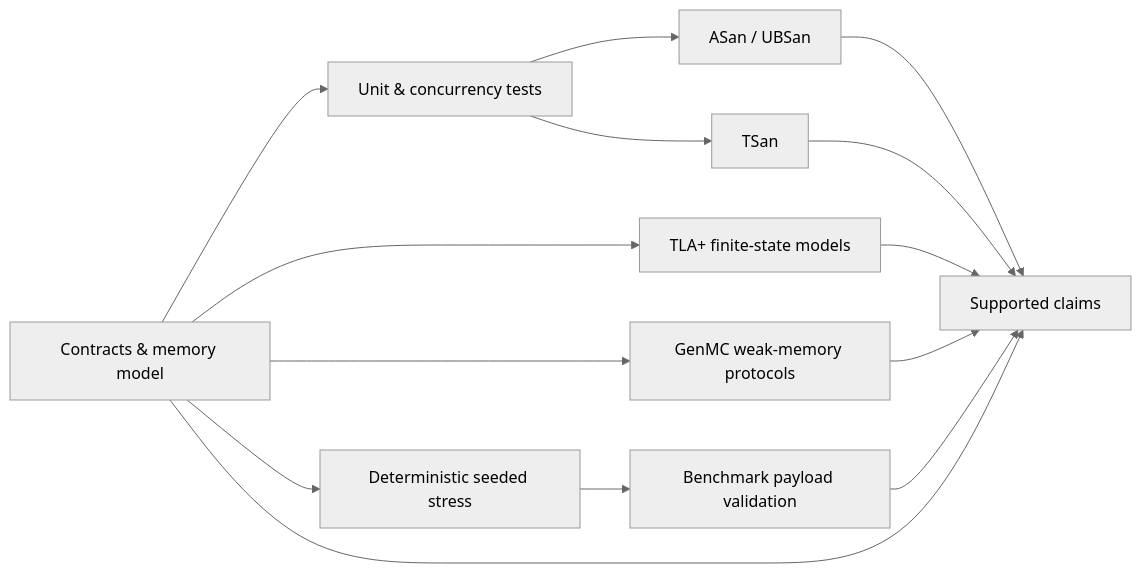
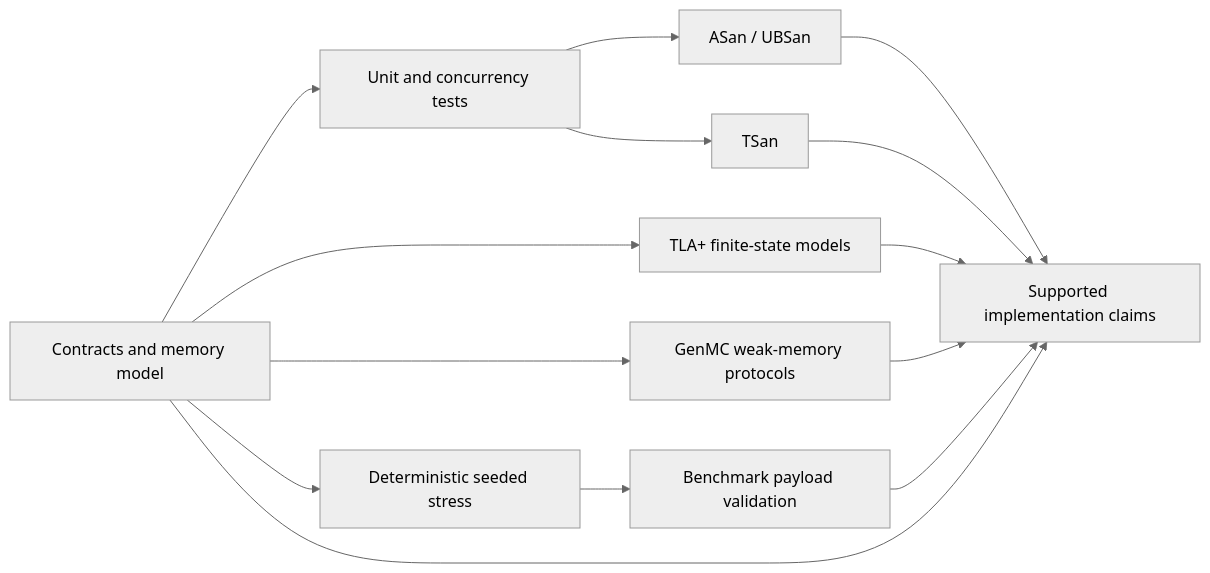
The sixth of 6 diagrams in README.md (suhaasgaddala/Line64), drawn with Mermaid (neutral theme) before and after one commit. The commit also changed other lines of this file and 9 other files, not shown here.

````diff
--- a/README.md
+++ b/README.md
@@ -182,16 +188,16 @@
 ```mermaid
 flowchart LR
-    CONTRACTS["Contracts & memory model"] --> UNIT["Unit & concurrency tests"]
+    CONTRACTS["Contracts and memory model"] --> UNIT["Unit and concurrency tests"]
     CONTRACTS --> STRESS["Deterministic seeded stress"]
     CONTRACTS --> TLC["TLA+ finite-state models"]
     UNIT --> ASAN["ASan / UBSan"]
     UNIT --> TSAN["TSan"]
     CONTRACTS --> GENMC["GenMC weak-memory protocols"]
     STRESS --> BENCH["Benchmark payload validation"]
-    ASAN --> EVIDENCE["Supported claims"]
+    ASAN --> EVIDENCE["Supported implementation claims"]
     TSAN --> EVIDENCE
     TLC --> EVIDENCE
     GENMC --> EVIDENCE
     BENCH --> EVIDENCE
     CONTRACTS --> EVIDENCE
 ```
````
